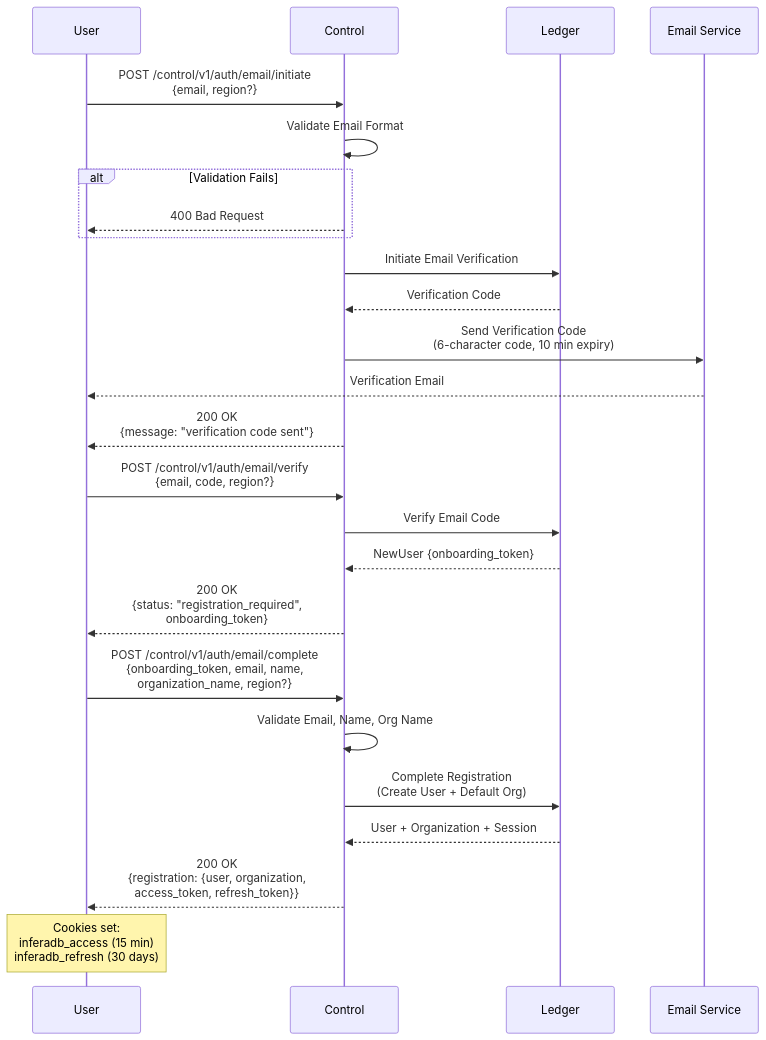
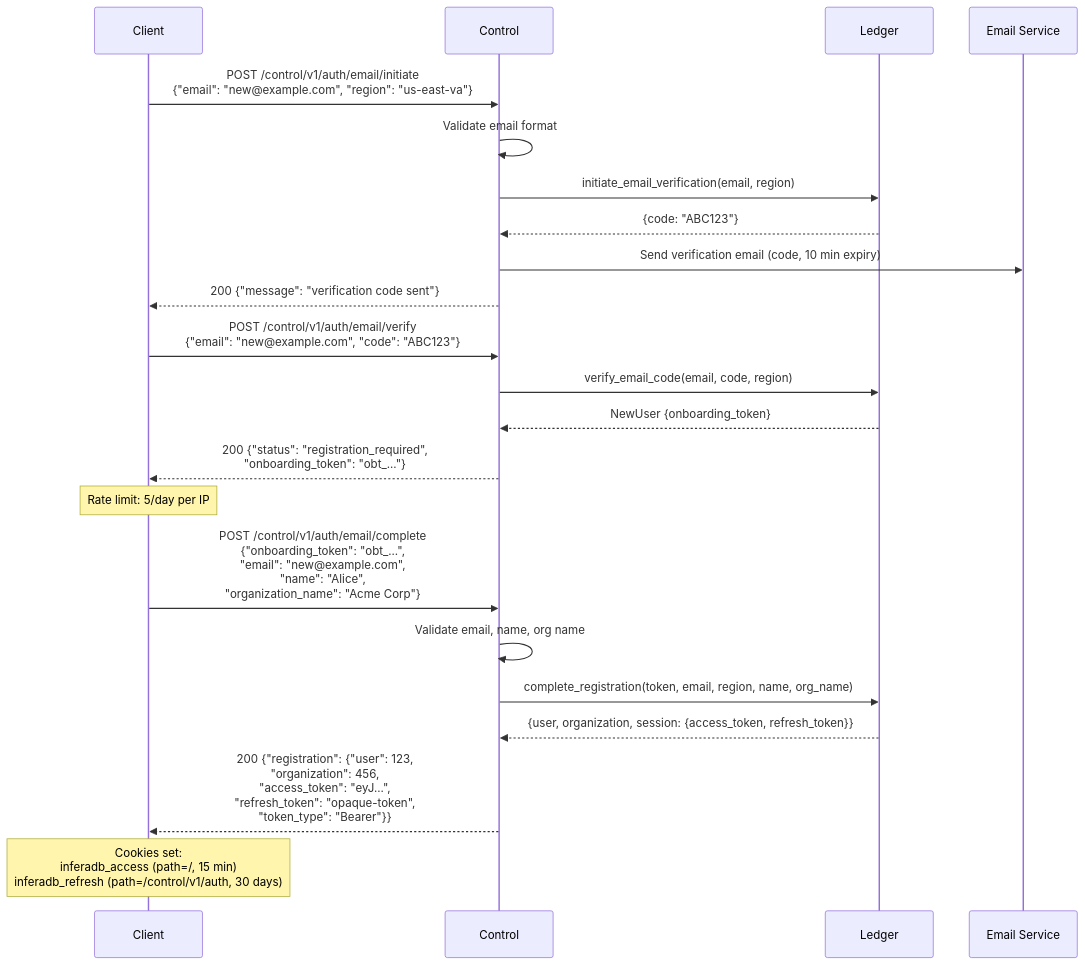
Before and after one commit to inferadb/control: the first of 14 diagrams in docs/flows.md, drawn with Mermaid. The commit also changed other lines of this file and 14 other files, not shown here.

````diff
--- a/docs/flows.md
+++ b/docs/flows.md
@@ -9,41 +28,29 @@
 ```mermaid
 sequenceDiagram
-    participant User
-    participant API as Control
-    participant DB as Ledger
+    participant Client
+    participant Control
+    participant Ledger
     participant Email as Email Service
 
-    User->>API: POST /control/v1/auth/email/initiate<br/>{email, region?}
+    Client->>Control: POST /control/v1/auth/email/initiate<br/>{"email": "new@example.com", "region": "us-east-va"}
+    Control->>Control: Validate email format
+    Control->>Ledger: initiate_email_verification(email, region)
+    Ledger-->>Control: {code: "ABC123"}
+    Control->>Email: Send verification email (code, 10 min expiry)
+    Control-->>Client: 200 {"message": "verification code sent"}
 
-    API->>API: Validate Email Format
+    Client->>Control: POST /control/v1/auth/email/verify<br/>{"email": "new@example.com", "code": "ABC123"}
+    Control->>Ledger: verify_email_code(email, code, region)
+    Ledger-->>Control: NewUser {onboarding_token}
+    Control-->>Client: 200 {"status": "registration_required",<br/>"onboarding_token": "obt_..."}
 
-    alt Validation Fails
-        API-->>User: 400 Bad Request
-    end
+    Note over Client: Rate limit: 5/day per IP
 
-    API->>DB: Initiate Email Verification
-    DB-->>API: Verification Code
+    Client->>Control: POST /control/v1/auth/email/complete<br/>{"onboarding_token": "obt_...",<br/>"email": "new@example.com",<br/>"name": "Alice",<br/>"organization_name": "Acme Corp"}
+    Control->>Control: Validate email, name, org name
+    Control->>Ledger: complete_registration(token, email, region, name, org_name)
+    Ledger-->>Control: {user, organization, session: {access_token, refresh_token}}
+    Control-->>Client: 200 {"registration": {"user": 123,<br/>"organization": 456,<br/>"access_token": "eyJ...",<br/>"refresh_token": "opaque-token",<br/>"token_type": "Bearer"}}
 
-    API->>Email: Send Verification Code<br/>(6-character code, 10 min expiry)
-    Email-->>User: Verification Email
-
-    API-->>User: 200 OK<br/>{message: "verification code sent"}
-
-    User->>API: POST /control/v1/auth/email/verify<br/>{email, code, region?}
-
-    API->>DB: Verify Email Code
-    DB-->>API: NewUser {onboarding_token}
-
-    API-->>User: 200 OK<br/>{status: "registration_required",<br/>onboarding_token}
-
-    User->>API: POST /control/v1/auth/email/complete<br/>{onboarding_token, email, name,<br/>organization_name, region?}
-
-    API->>API: Validate Email, Name, Org Name
-
-    API->>DB: Complete Registration<br/>(Create User + Default Org)
-    DB-->>API: User + Organization + Session
-
-    API-->>User: 200 OK<br/>{registration: {user, organization,<br/>access_token, refresh_token}}
-
-    Note over User: Cookies set:<br/>inferadb_access (15 min)<br/>inferadb_refresh (30 days)
+    Note over Client: Cookies set:<br/>inferadb_access (path=/, 15 min)<br/>inferadb_refresh (path=/control/v1/auth, 30 days)
 ```
````
